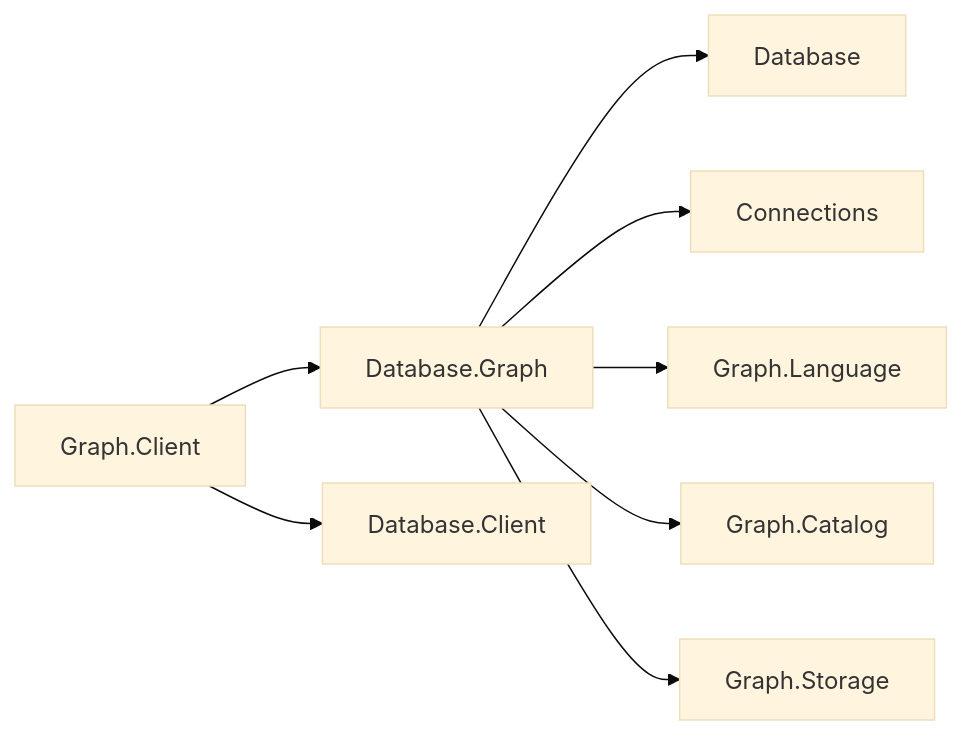
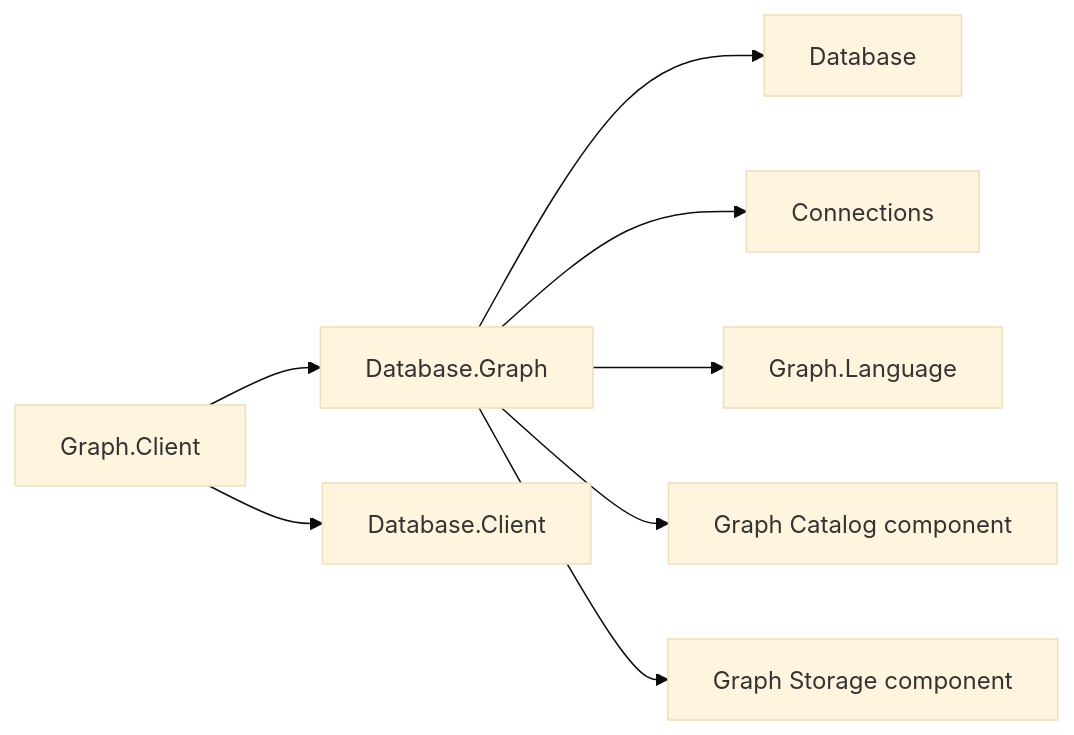
Before and after one commit to assimalign/cohesion: the first of 7 diagrams in resources/Database/Assimalign.Cohesion.Database.Graph/docs/DESIGN.md, drawn with Mermaid (base theme). The commit also changed other lines of this file and 53 other files, not shown here.

Commit message:
refactor(database): fold Graph catalog and storage into the Graph engine

````diff
--- a/resources/Database/Assimalign.Cohesion.Database.Graph/docs/DESIGN.md
+++ b/resources/Database/Assimalign.Cohesion.Database.Graph/docs/DESIGN.md
@@ -34,10 +43,10 @@
 ```mermaid
 flowchart LR
     Engine["Database.Graph"] --> Root["Database"]
     Engine --> Connections["Connections"]
     Engine --> Language["Graph.Language"]
-    Engine --> Catalog["Graph.Catalog"]
-    Engine --> Storage["Graph.Storage"]
+    Engine --> Catalog["Graph Catalog component"]
+    Engine --> Storage["Graph Storage component"]
     Client["Graph.Client"] --> Engine
     Client --> SharedClient["Database.Client"]
 ```
````
